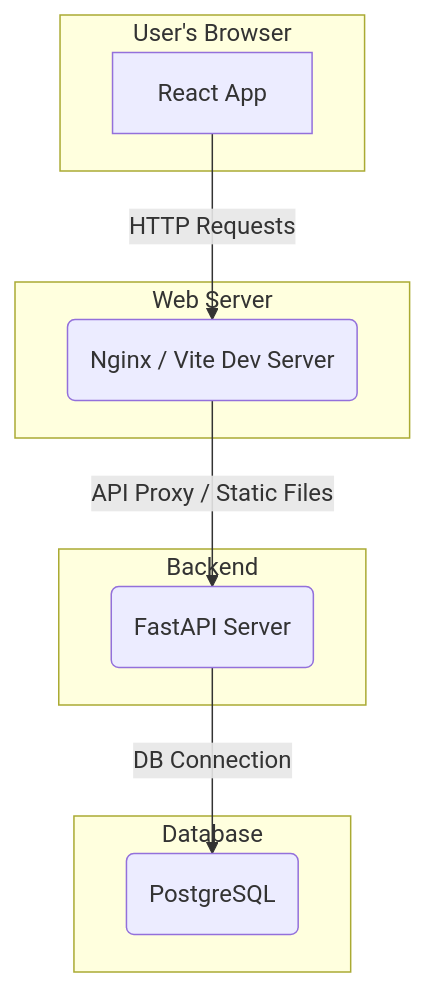
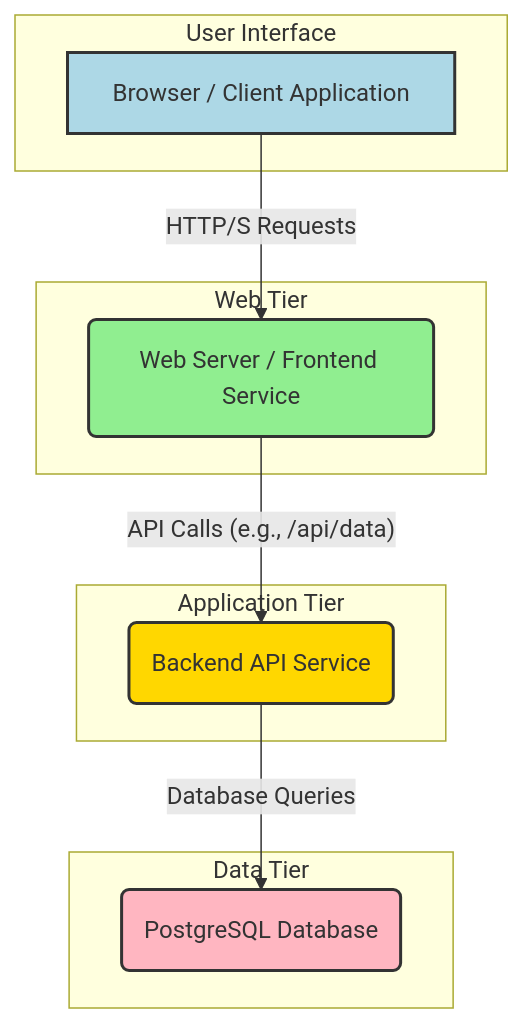
One commit to SurajBhambhani/MySample changed the first of 2 diagrams in README.md. Above: the diagram before and after it, drawn with Mermaid. The commit also changed other lines of this file, not shown here.

Commit message:
Docs: Add architecture and sequence diagrams, and local macOS setup instructions

````diff
--- a/README.md
+++ b/README.md
@@ -24,22 +43,27 @@
 ```mermaid
 graph TD
-    subgraph "User's Browser"
-        A[React App]
+    subgraph "User Interface"
+        A[Browser / Client Application]
     end
 
-    subgraph "Web Server"
-        B(Nginx / Vite Dev Server)
+    subgraph "Web Tier"
+        B(Web Server / Frontend Service)
     end
 
-    subgraph "Backend"
-        C(FastAPI Server)
+    subgraph "Application Tier"
+        C(Backend API Service)
     end
 
-    subgraph "Database"
-        D(PostgreSQL)
+    subgraph "Data Tier"
+        D(PostgreSQL Database)
     end
 
-    A -- "HTTP Requests" --> B
-    B -- "API Proxy / Static Files" --> C
-    C -- "DB Connection" --> D
+    A -- "HTTP/S Requests" --> B
+    B -- "API Calls (e.g., /api/data)" --> C
+    C -- "Database Queries" --> D
+
+    style A fill:#ADD8E6,stroke:#333,stroke-width:2px
+    style B fill:#90EE90,stroke:#333,stroke-width:2px
+    style C fill:#FFD700,stroke:#333,stroke-width:2px
+    style D fill:#FFB6C1,stroke:#333,stroke-width:2px
 ```
````
